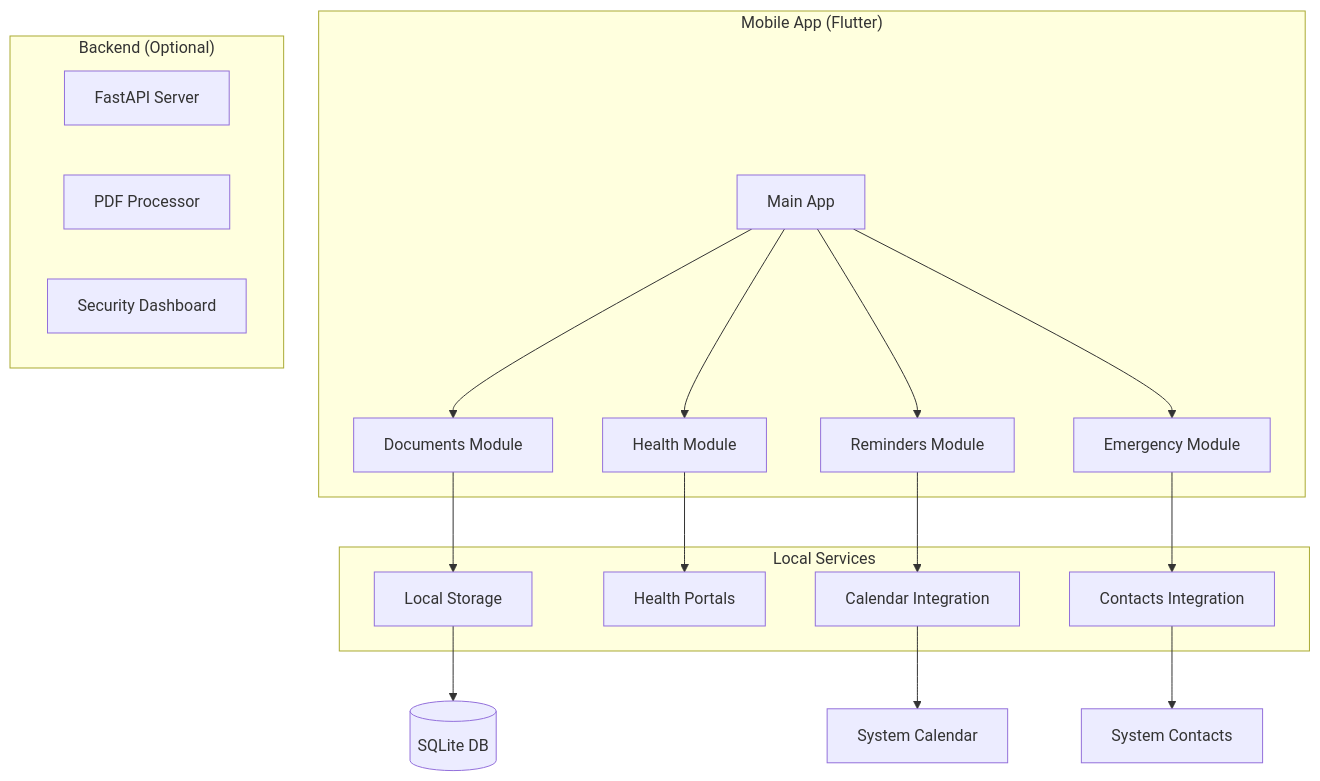
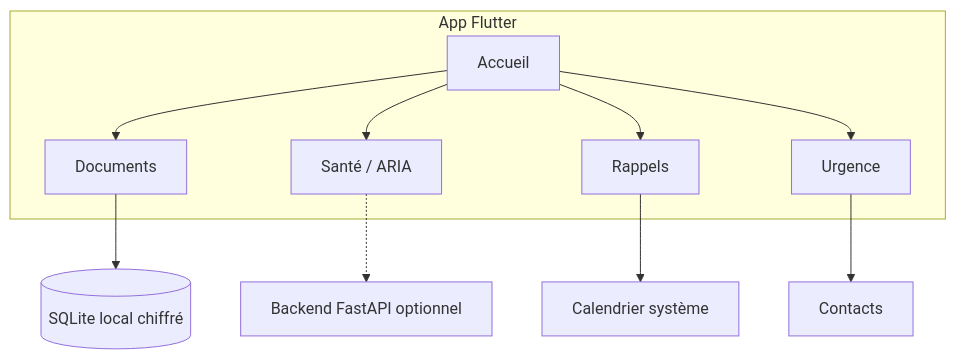
The diagram in README.md (arkalia-luna-system/arkalia-cia), drawn with Mermaid before and after one commit. The commit also changed other lines of this file, not shown here.

````diff
--- a/README.md
+++ b/README.md
@@ -94,26 +45,13 @@
 ```mermaid
 graph TB
-    subgraph "Mobile App (Flutter)"
-        A[Main App] --> B[Documents Module]
-        A --> C[Health Module]
-        A --> D[Reminders Module]
-        A --> E[Emergency Module]
+    subgraph App["App Flutter"]
+        A[Accueil] --> B[Documents]
+        A --> C[Santé / ARIA]
+        A --> D[Rappels]
+        A --> E[Urgence]
     end
-
-    subgraph "Local Services"
-        B --> F[Local Storage]
-        C --> G[Health Portals]
-        D --> H[Calendar Integration]
-        E --> I[Contacts Integration]
-    end
-
-    subgraph "Backend (Optional)"
-        J[FastAPI Server]
-        K[PDF Processor]
-        L[Security Dashboard]
-    end
-
-    F --> M[(SQLite DB)]
-    H --> N[System Calendar]
-    I --> O[System Contacts]
+    B --> F[(SQLite local chiffré)]
+    D --> G[Calendrier système]
+    E --> H[Contacts]
+    C -.-> I[Backend FastAPI optionnel]
 ```
````
